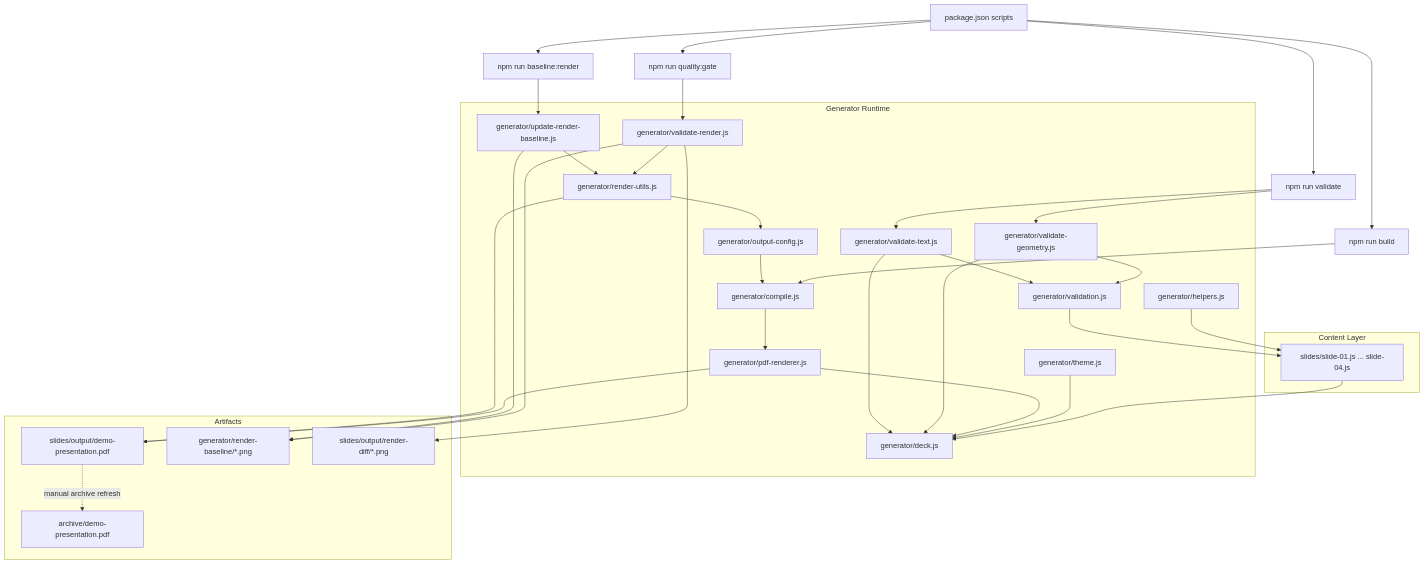
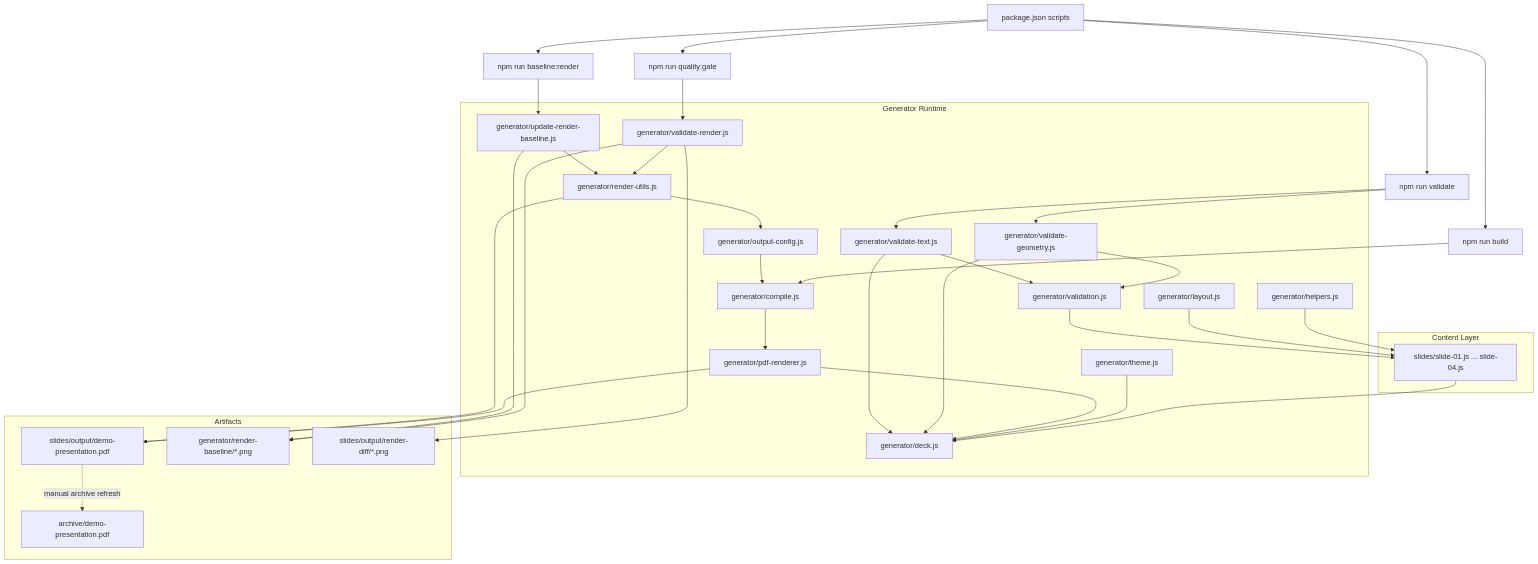
The diagram in ARCHITECTURE.md (bebraw/2026-job-talk), drawn with Mermaid before and after one commit. The commit also changed other lines of this file and 15 other files, not shown here.

````diff
--- a/ARCHITECTURE.md
+++ b/ARCHITECTURE.md
@@ -13,64 +13,66 @@
 ```mermaid
 flowchart TD
     package["package.json scripts"] --> build["npm run build"]
     package --> validate["npm run validate"]
     package --> gate["npm run quality:gate"]
     package --> baseline["npm run baseline:render"]
 
     subgraph content["Content Layer"]
         slides["slides/slide-01.js ... slide-04.js"]
     end
 
     subgraph runtime["Generator Runtime"]
         deck["generator/deck.js"]
+        layout["generator/layout.js"]
         theme["generator/theme.js"]
         helpers["generator/helpers.js"]
         validation["generator/validation.js"]
         output["generator/output-config.js"]
         renderer["generator/pdf-renderer.js"]
         compile["generator/compile.js"]
         geometry["generator/validate-geometry.js"]
         textfit["generator/validate-text.js"]
         render["generator/validate-render.js"]
         baselineUpdate["generator/update-render-baseline.js"]
         renderUtils["generator/render-utils.js"]
     end
 
     subgraph artifacts["Artifacts"]
         pdf["slides/output/demo-presentation.pdf"]
         baselineFiles["generator/render-baseline/*.png"]
         archive["archive/demo-presentation.pdf"]
         diffs["slides/output/render-diff/*.png"]
     end
 
     slides --> deck
     theme --> deck
     helpers --> slides
+    layout --> slides
     validation --> slides
 
     build --> compile
     compile --> renderer
     output --> compile
     renderer --> deck
     renderer --> pdf
 
     validate --> geometry
     validate --> textfit
     geometry --> deck
     geometry --> validation
     textfit --> deck
     textfit --> validation
 
     gate --> render
     render --> renderUtils
     renderUtils --> output
     render --> baselineFiles
     render --> diffs
     renderUtils --> pdf
 
     baseline --> baselineUpdate
     baselineUpdate --> renderUtils
     baselineUpdate --> baselineFiles
 
     pdf -. manual archive refresh .-> archive
 ```
````
